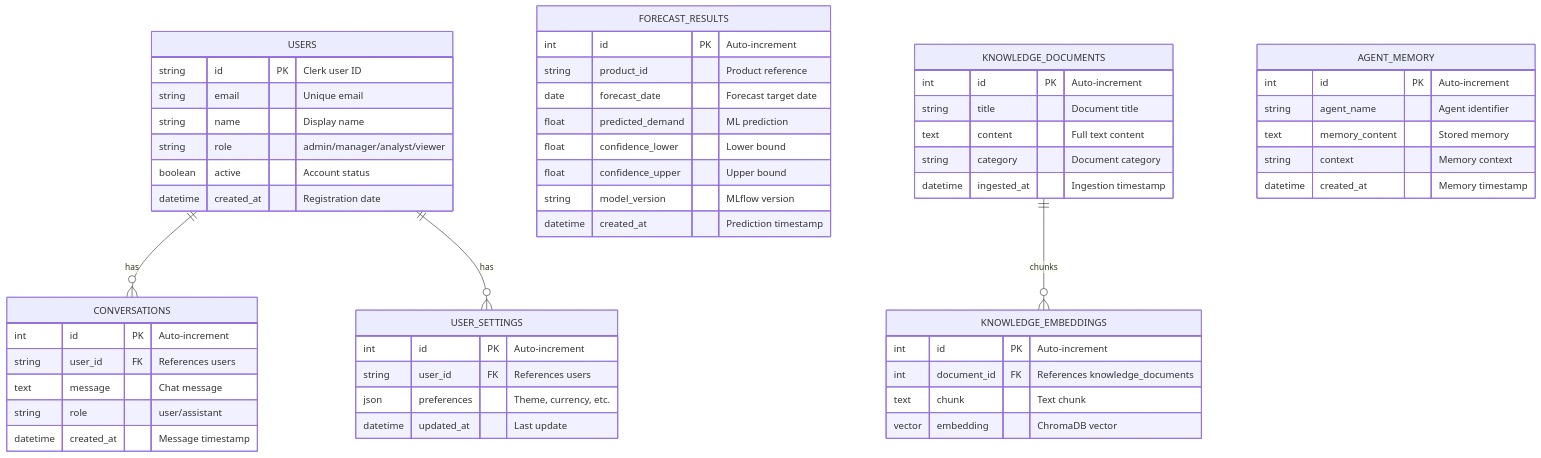
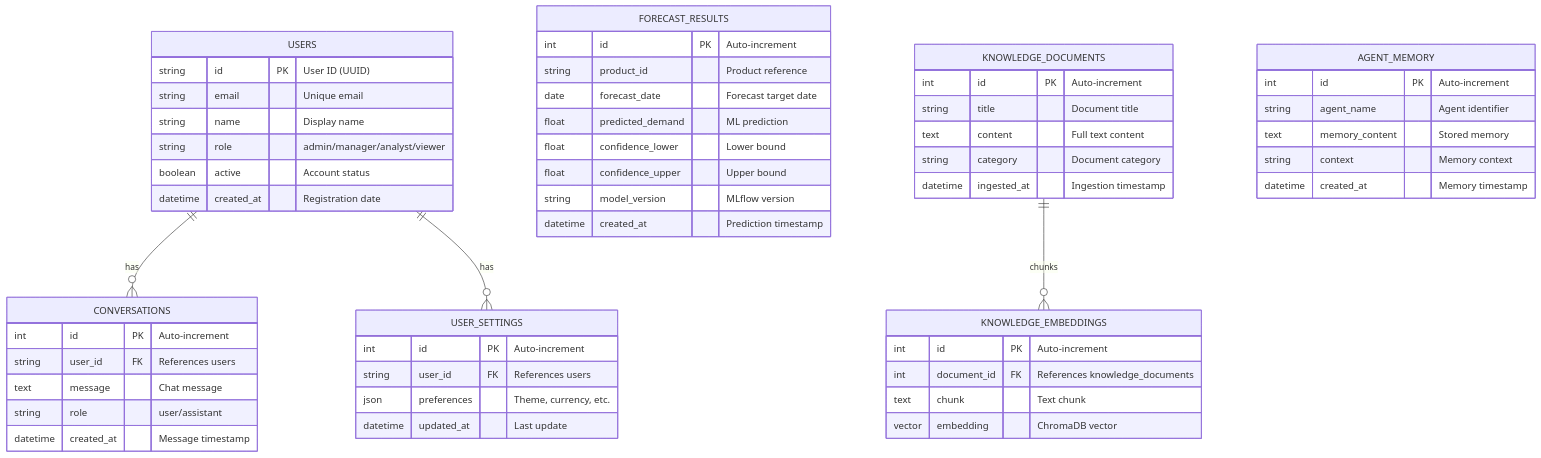
One commit to IbrahimAbdelsattar/SupplyMindAI changed the sixth of 11 diagrams in README.md. Above: the diagram before and after it, drawn with Mermaid. The commit also changed other lines of this file and 89 other files, not shown here.

Commit message:
feat: implement multi-agent copilot graph and system prompt for Egyptian Arabic interface support

````diff
--- a/README.md
+++ b/README.md
@@ -493,64 +491,64 @@
 ```mermaid
 erDiagram
     USERS {
-        string id PK "Clerk user ID"
+        string id PK "User ID (UUID)"
         string email "Unique email"
         string name "Display name"
         string role "admin/manager/analyst/viewer"
         boolean active "Account status"
         datetime created_at "Registration date"
     }
 
     FORECAST_RESULTS {
         int id PK "Auto-increment"
         string product_id "Product reference"
         date forecast_date "Forecast target date"
         float predicted_demand "ML prediction"
         float confidence_lower "Lower bound"
         float confidence_upper "Upper bound"
         string model_version "MLflow version"
         datetime created_at "Prediction timestamp"
     }
 
     KNOWLEDGE_DOCUMENTS {
         int id PK "Auto-increment"
         string title "Document title"
         text content "Full text content"
         string category "Document category"
         datetime ingested_at "Ingestion timestamp"
     }
 
     KNOWLEDGE_EMBEDDINGS {
         int id PK "Auto-increment"
         int document_id FK "References knowledge_documents"
         text chunk "Text chunk"
         vector embedding "ChromaDB vector"
     }
 
     CONVERSATIONS {
         int id PK "Auto-increment"
         string user_id FK "References users"
         text message "Chat message"
         string role "user/assistant"
         datetime created_at "Message timestamp"
     }
 
     AGENT_MEMORY {
         int id PK "Auto-increment"
         string agent_name "Agent identifier"
         text memory_content "Stored memory"
         string context "Memory context"
         datetime created_at "Memory timestamp"
     }
 
     USER_SETTINGS {
         int id PK "Auto-increment"
         string user_id FK "References users"
         json preferences "Theme, currency, etc."
         datetime updated_at "Last update"
     }
 
     USERS ||--o{ CONVERSATIONS : "has"
     USERS ||--o{ USER_SETTINGS : "has"
     KNOWLEDGE_DOCUMENTS ||--o{ KNOWLEDGE_EMBEDDINGS : "chunks"
 ```
````
